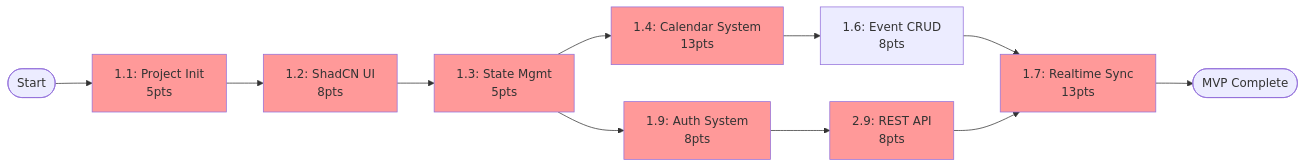
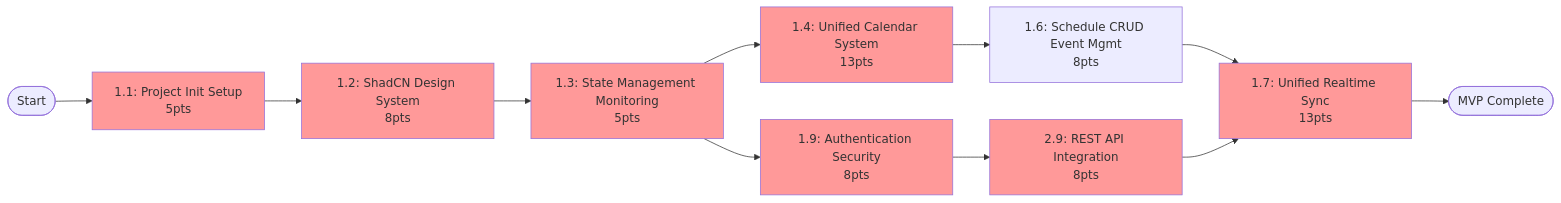
One commit to seokhojung/baro-calender-0908 changed the diagram in docs/frontend-stories/DEPENDENCY-MATRIX.md. Above: the diagram before and after it, drawn with Mermaid. The commit also changed other lines of this file and 39 other files, not shown here.

````diff
--- a/docs/frontend-stories/DEPENDENCY-MATRIX.md
+++ b/docs/frontend-stories/DEPENDENCY-MATRIX.md
@@ -13,21 +13,21 @@
 ```mermaid
 graph LR
-    Start([Start]) --> 1.1[1.1: Project Init<br/>5pts]
-    1.1 --> 1.2[1.2: ShadCN UI<br/>8pts]
-    1.2 --> 1.3[1.3: State Mgmt<br/>5pts]
-    1.3 --> 1.4[1.4: Calendar System<br/>13pts]
-    1.3 --> 1.9[1.9: Auth System<br/>8pts]
-    1.4 --> 1.6[1.6: Event CRUD<br/>8pts]
-    1.9 --> 2.9[2.9: REST API<br/>8pts]
-    1.6 --> 1.7[1.7: Realtime Sync<br/>13pts]
+    Start([Start]) --> 1.1[1.1: Project Init Setup<br/>5pts]
+    1.1 --> 1.2[1.2: ShadCN Design System<br/>8pts]
+    1.2 --> 1.3[1.3: State Management Monitoring<br/>5pts]
+    1.3 --> 1.4[1.4: Unified Calendar System<br/>13pts]
+    1.3 --> 1.9[1.9: Authentication Security<br/>8pts]
+    1.4 --> 1.6[1.6: Schedule CRUD Event Mgmt<br/>8pts]
+    1.9 --> 2.9[2.9: REST API Integration<br/>8pts]
+    1.6 --> 1.7[1.7: Unified Realtime Sync<br/>13pts]
     2.9 --> 1.7
     1.7 --> End([MVP Complete])
     
     style 1.1 fill:#ff9999
     style 1.2 fill:#ff9999
     style 1.3 fill:#ff9999
     style 1.4 fill:#ff9999
     style 1.9 fill:#ff9999
     style 1.7 fill:#ff9999
     style 2.9 fill:#ff9999
 ```
````
